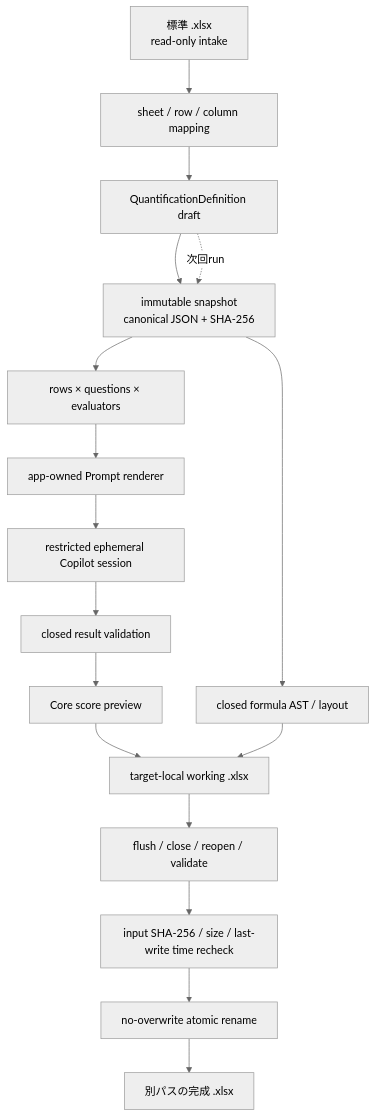
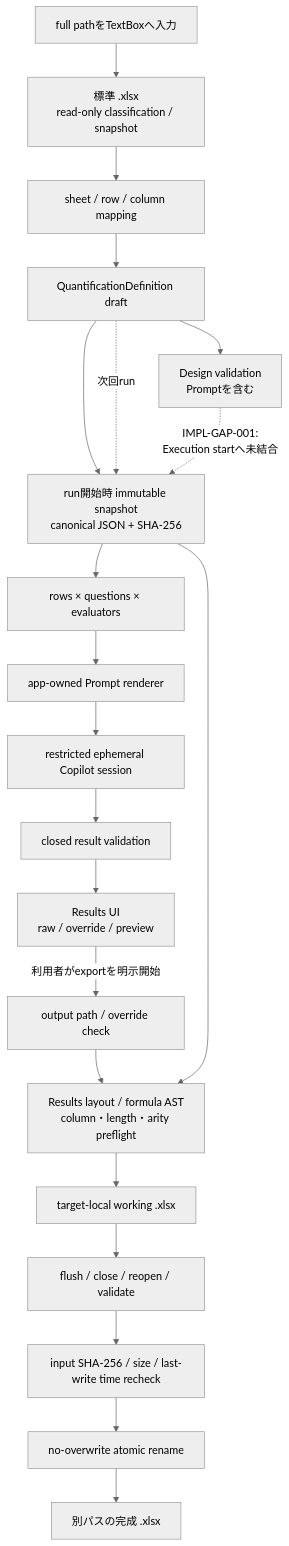
The second of 4 diagrams in docs-dev/architecture.md (dahatake/StudyReport-Evaluator), drawn with Mermaid (neutral theme) before and after one commit. The commit also changed other lines of this file and 41 other files, not shown here.

````diff
--- a/docs-dev/architecture.md
+++ b/docs-dev/architecture.md
@@ -31,19 +40,23 @@
 ```mermaid
 flowchart TD
-    Input[標準 .xlsx\nread-only intake] --> Mapping[sheet / row / column mapping]
+    Path[full pathをTextBoxへ入力] --> Input[標準 .xlsx\nread-only classification / snapshot]
+    Input --> Mapping[sheet / row / column mapping]
     Mapping --> Draft[QuantificationDefinition draft]
-    Draft --> Snapshot[immutable snapshot\ncanonical JSON + SHA-256]
+    Draft --> DesignCheck[Design validation\nPromptを含む]
+    Draft --> Snapshot[run開始時 immutable snapshot\ncanonical JSON + SHA-256]
     Snapshot --> Plan[rows × questions × evaluators]
     Plan --> Prompt[app-owned Prompt renderer]
     Prompt --> CopilotSession[restricted ephemeral Copilot session]
     CopilotSession --> Validation[closed result validation]
-    Validation --> Preview[Core score preview]
-    Snapshot --> Formula[closed formula AST / layout]
-    Preview --> Temp[target-local working .xlsx]
-    Formula --> Temp
+    Validation --> ResultsUI[Results UI\nraw / override / preview]
+    ResultsUI -->|利用者がexportを明示開始| ExportCheck[output path / override check]
+    ExportCheck --> Layout[Results layout / formula AST\ncolumn・length・arity preflight]
+    Snapshot --> Layout
+    Layout --> Temp[target-local working .xlsx]
     Temp --> Reopen[flush / close / reopen / validate]
     Reopen --> Recheck[input SHA-256 / size / last-write time recheck]
     Recheck --> Rename[no-overwrite atomic rename]
     Rename --> Output[別パスの完成 .xlsx]
     Draft -. 次回run .-> Snapshot
+    DesignCheck -. IMPL-GAP-001:\nExecution startへ未結合 .-> Snapshot
 ```
````
